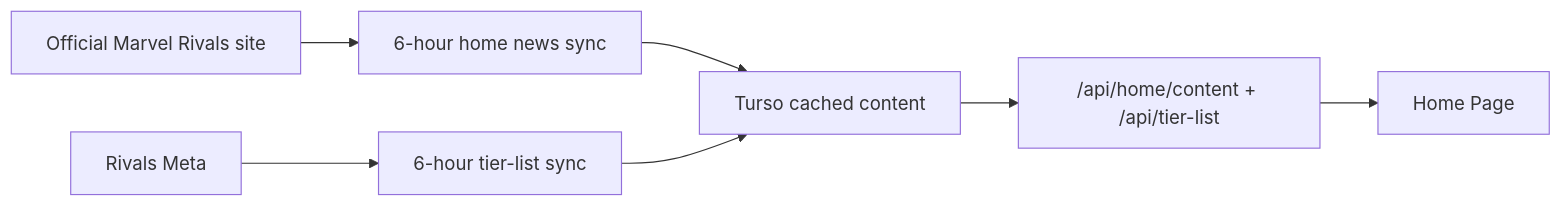
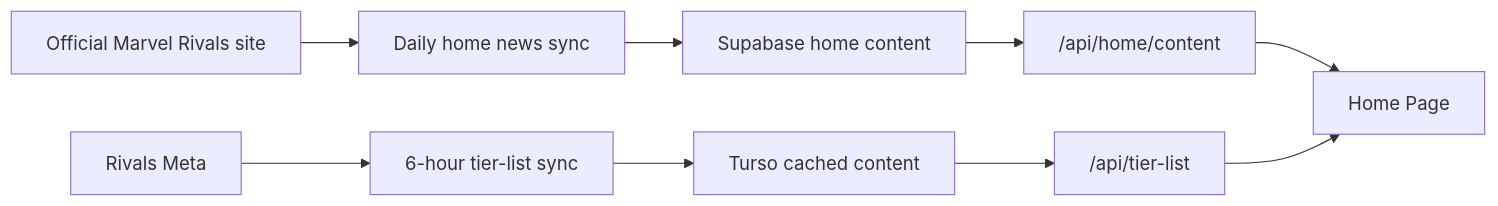
The eighth of 8 diagrams in docs/content-data-flow.md (anthonyturner/rivals-pulse-web), drawn with Mermaid before and after one commit. The commit also changed other lines of this file and 19 other files, not shown here.

First line of the commit message:
feat(home): move home content and the news sync to Supabase

````diff
--- a/docs/content-data-flow.md
+++ b/docs/content-data-flow.md
@@ -244,9 +244,11 @@
 ```mermaid
 flowchart LR
-  Official["Official Marvel Rivals site"] --> HomeSync["6-hour home news sync"]
+  Official["Official Marvel Rivals site"] --> HomeSync["Daily home news sync"]
   Stats["Rivals Meta"] --> TierSync["6-hour tier-list sync"]
-  HomeSync --> DB["Turso cached content"]
-  TierSync --> DB
-  DB --> Api["/api/home/content + /api/tier-list"]
-  Api --> HomePage["Home Page"]
+  HomeSync --> Supabase["Supabase home content"]
+  TierSync --> DB["Turso cached content"]
+  Supabase --> HomeApi["/api/home/content"]
+  DB --> TierApi["/api/tier-list"]
+  HomeApi --> HomePage["Home Page"]
+  TierApi --> HomePage
 ```
````
